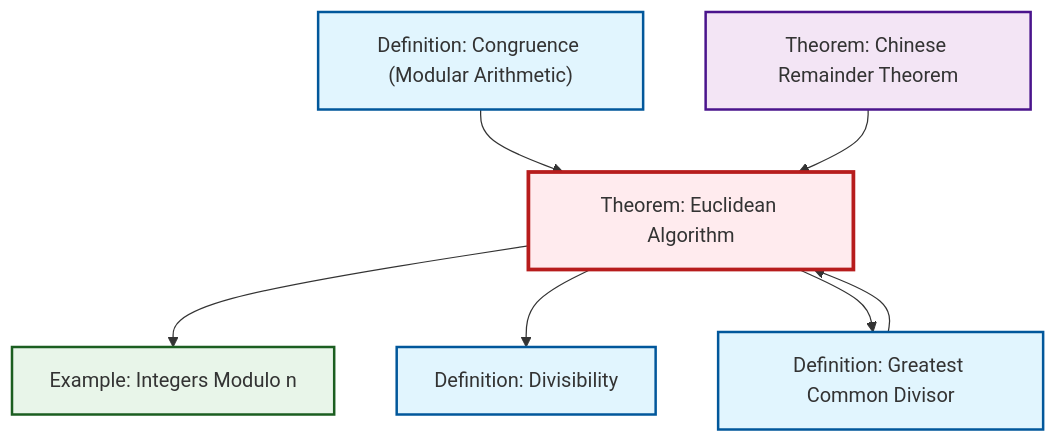
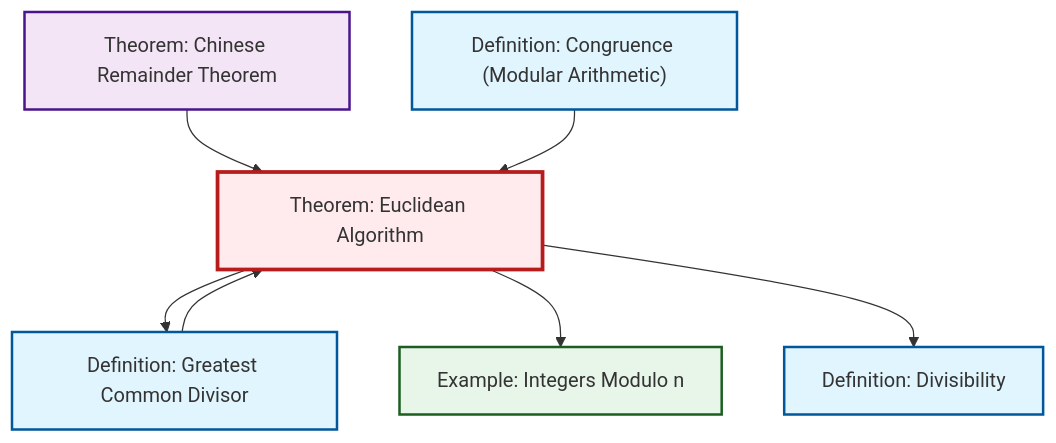
The second of 2 diagrams in content/en/number-theory/thm-euclidean-algorithm.qmd (RK0429/ModernMath), drawn with Mermaid before and after one commit. The commit also changed other lines of this file and 581 other files, not shown here.

````diff
--- a/content/en/number-theory/thm-euclidean-algorithm.qmd
+++ b/content/en/number-theory/thm-euclidean-algorithm.qmd
@@ -95,27 +95,27 @@
 ```{mermaid}
 %%| fig-cap: "Local dependency graph"
 graph TD
     classDef definition fill:#e1f5fe,stroke:#01579b,stroke-width:2px
     classDef theorem fill:#f3e5f5,stroke:#4a148c,stroke-width:2px
     classDef axiom fill:#fff3e0,stroke:#e65100,stroke-width:2px
     classDef example fill:#e8f5e9,stroke:#1b5e20,stroke-width:2px
     classDef current fill:#ffebee,stroke:#b71c1c,stroke-width:3px
+    def-divisibility["Definition: Divisibility"]:::definition
+    thm-euclidean-algorithm["Theorem: Euclidean Algorithm"]:::theorem
     thm-chinese-remainder["Theorem: Chinese Remainder Theorem"]:::theorem
-    def-divisibility["Definition: Divisibility"]:::definition
+    def-congruence["Definition: Congruence (Modular Arithmetic)"]:::definition
+    def-gcd["Definition: Greatest Common Divisor"]:::definition
     ex-quotient-integers-mod-n["Example: Integers Modulo n"]:::example
-    def-congruence["Definition: Congruence (Modular Arithmetic)"]:::definition
-    thm-euclidean-algorithm["Theorem: Euclidean Algorithm"]:::theorem
-    def-gcd["Definition: Greatest Common Divisor"]:::definition
+    def-gcd --> thm-euclidean-algorithm
+    thm-chinese-remainder --> thm-euclidean-algorithm
+    thm-euclidean-algorithm --> def-gcd
+    thm-euclidean-algorithm --> ex-quotient-integers-mod-n
     def-congruence --> thm-euclidean-algorithm
-    thm-euclidean-algorithm --> ex-quotient-integers-mod-n
     thm-euclidean-algorithm --> def-divisibility
-    thm-chinese-remainder --> thm-euclidean-algorithm
-    def-gcd --> thm-euclidean-algorithm
-    thm-euclidean-algorithm --> def-gcd
     class thm-euclidean-algorithm current
+    click def-divisibility "def-divisibility.html" "Go to Divisibility definition"
     click thm-chinese-remainder "thm-chinese-remainder.html" "Go to Chinese Remainder Theorem theorem"
-    click def-divisibility "def-divisibility.html" "Go to Divisibility definition"
-    click ex-quotient-integers-mod-n "ex-quotient-integers-mod-n.html" "Go to Integers Modulo n example"
     click def-congruence "def-congruence.html" "Go to Congruence (Modular Arithmetic) definition"
     click def-gcd "def-gcd.html" "Go to Greatest Common Divisor definition"
+    click ex-quotient-integers-mod-n "ex-quotient-integers-mod-n.html" "Go to Integers Modulo n example"
 ```
````
